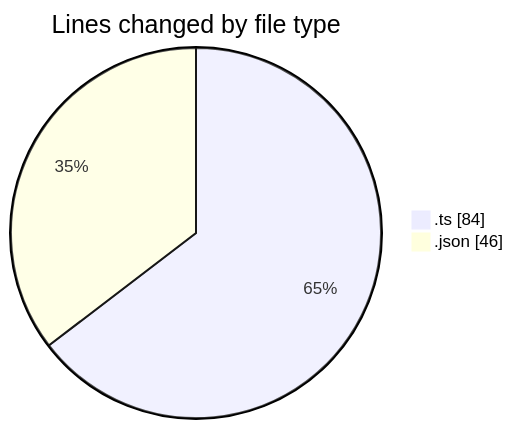
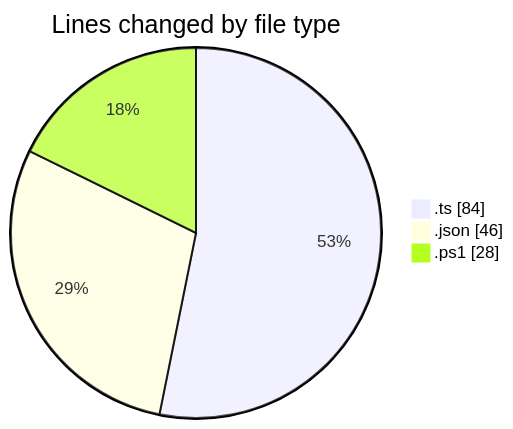
Before and after one commit to tmsrecording-cyber/code-tracking: the first of 2 diagrams in 2026-04-19/darkwire/README.md, drawn with Mermaid. The commit also changed other lines of this file and 1 other file, not shown here.

````diff
--- a/2026-04-19/darkwire/README.md
+++ b/2026-04-19/darkwire/README.md
@@ -21,6 +22,7 @@
 ```mermaid
 pie showData
 title Lines changed by file type
 ".ts" : 84
 ".json" : 46
+".ps1" : 28
 ```
````
